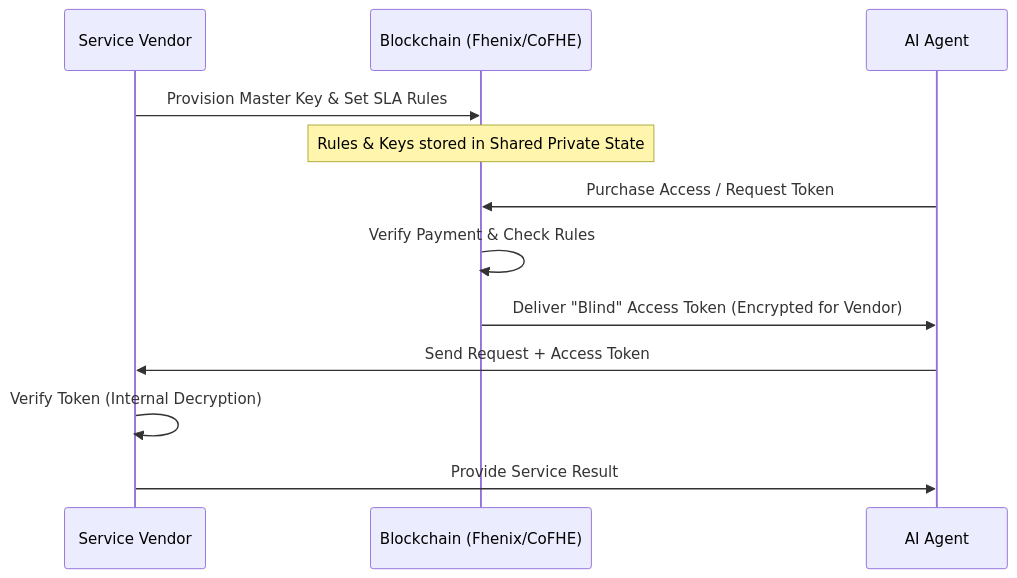
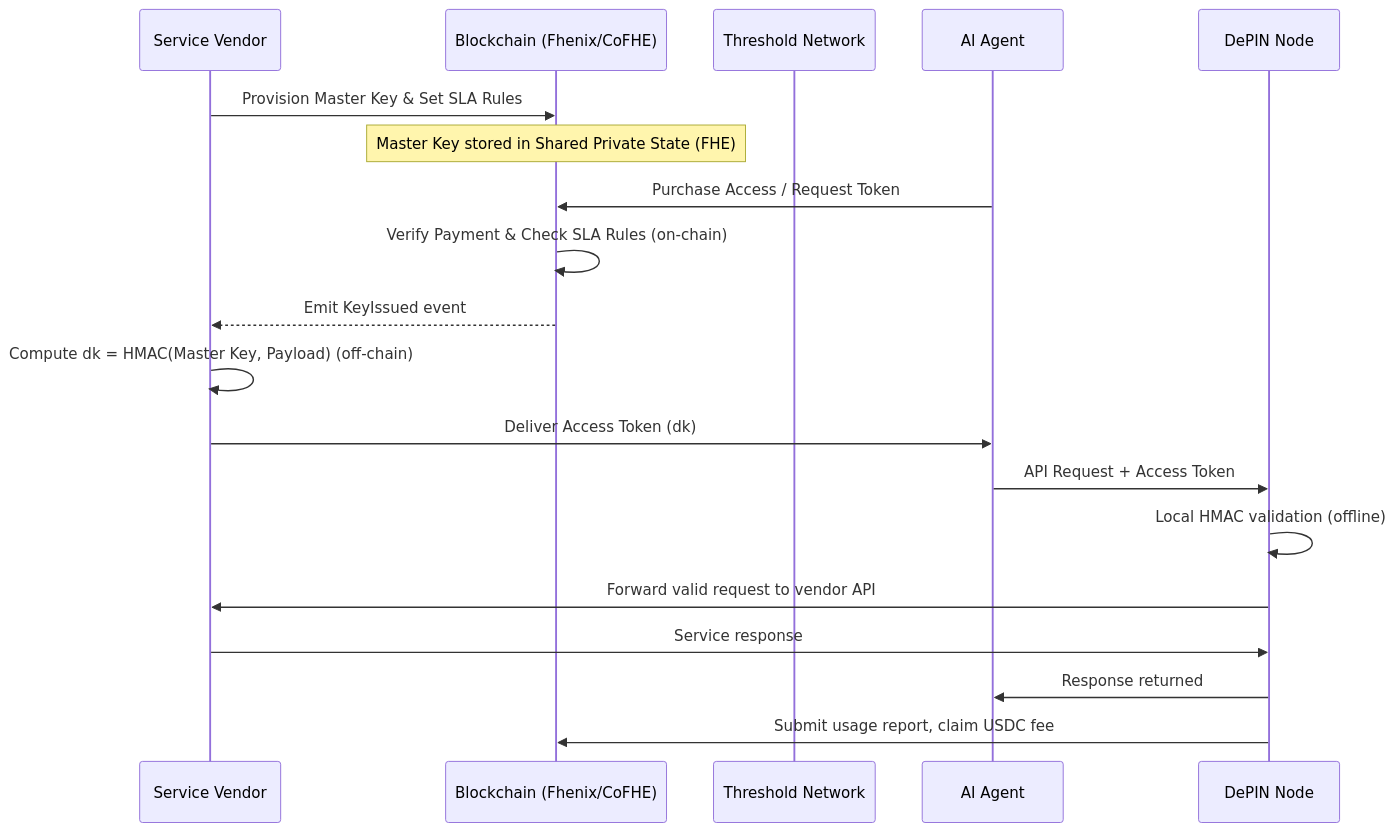
The diagram in docs/Requirements.md (imajus/fhe402), drawn with Mermaid before and after one commit. The commit also changed other lines of this file and 2 other files, not shown here.

````diff
--- a/docs/Requirements.md
+++ b/docs/Requirements.md
@@ -31,17 +109,25 @@
 ```mermaid
 sequenceDiagram
     participant V as Service Vendor
     participant BC as Blockchain (Fhenix/CoFHE)
+    participant TSN as Threshold Network
     participant A as AI Agent
+    participant D as DePIN Node
     
     V->>BC: Provision Master Key & Set SLA Rules
-    Note over BC: Rules & Keys stored in Shared Private State
+    Note over BC: Master Key stored in Shared Private State (FHE)
     
     A->>BC: Purchase Access / Request Token
-    BC->>BC: Verify Payment & Check Rules
-    BC->>A: Deliver "Blind" Access Token (Encrypted for Vendor)
+    BC->>BC: Verify Payment & Check SLA Rules (on-chain)
+    BC-->>V: Emit KeyIssued event
     
-    A->>V: Send Request + Access Token
-    V->>V: Verify Token (Internal Decryption)
-    V->>A: Provide Service Result
+    V->>V: Compute dk = HMAC(Master Key, Payload) (off-chain)
+    V->>A: Deliver Access Token (dk)
+    
+    A->>D: API Request + Access Token
+    D->>D: Local HMAC validation (offline)
+    D->>V: Forward valid request to vendor API
+    V->>D: Service response
+    D->>A: Response returned
+    D->>BC: Submit usage report, claim USDC fee
 ```
````
